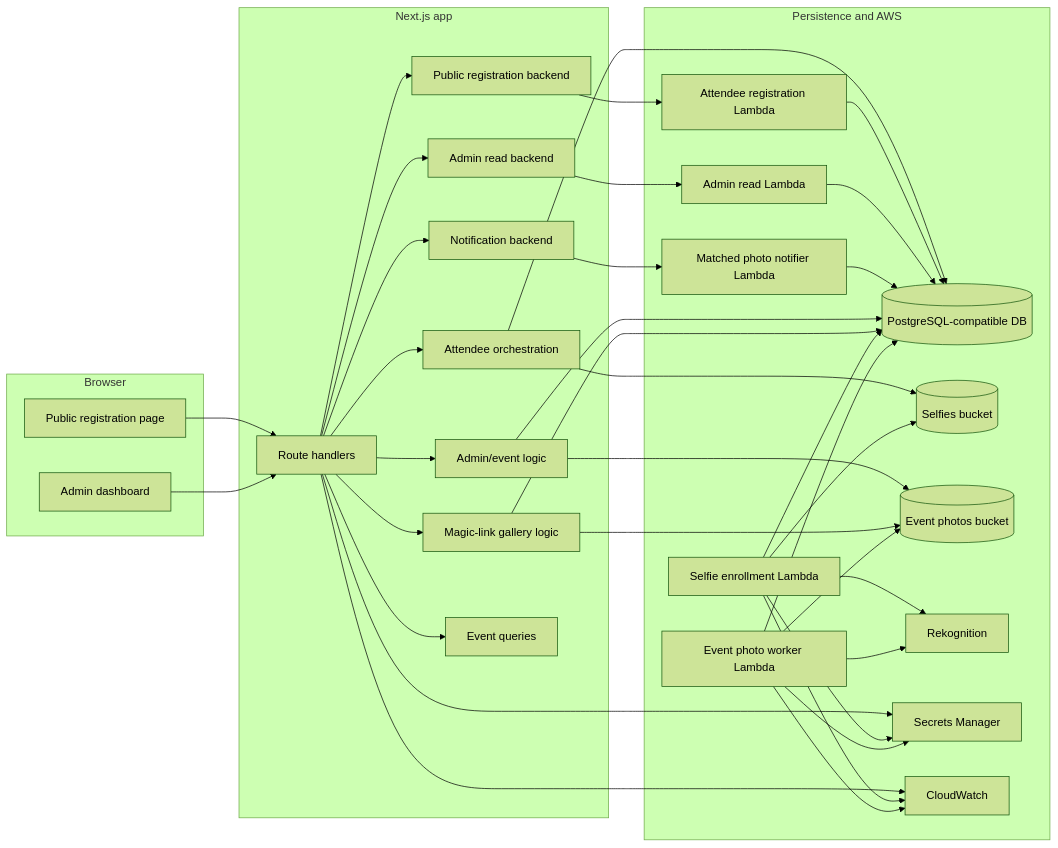
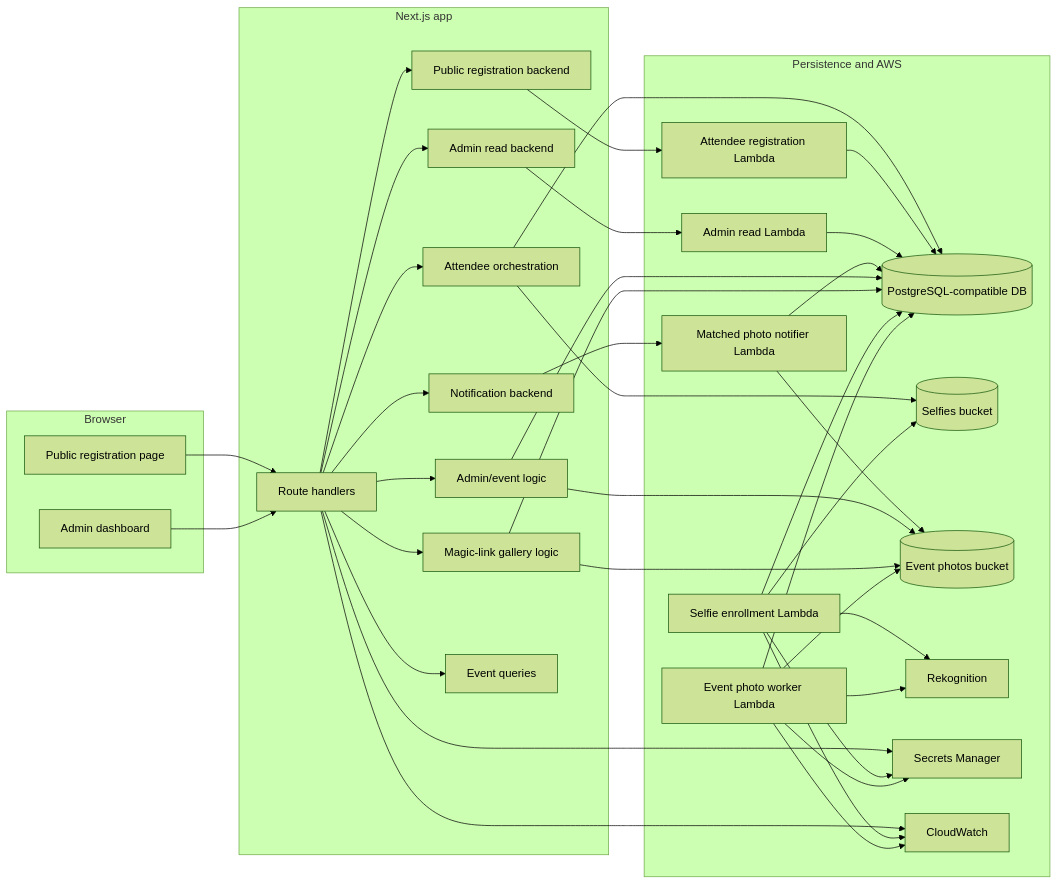
One commit to anyulled/FaceLocator changed the third of 8 diagrams in README.md. Above: the diagram before and after it, drawn with Mermaid (forest theme). The commit also changed other lines of this file and 5 other files, not shown here.

````diff
--- a/README.md
+++ b/README.md
@@ -107,66 +108,67 @@
 ```mermaid
 flowchart LR
   subgraph Browser
     publicPage["Public registration page"]
     adminPage["Admin dashboard"]
   end
 
   subgraph NextJS["Next.js app"]
     routes["Route handlers"]
     publicBackend["Public registration backend"]
     adminBackend["Admin read backend"]
     notificationBackend["Notification backend"]
     attendeeLib["Attendee orchestration"]
     adminLib["Admin/event logic"]
     notificationLib["Magic-link gallery logic"]
     eventQueries["Event queries"]
   end
 
   subgraph Data["Persistence and AWS"]
     db[(PostgreSQL-compatible DB)]
     s3Selfies[(Selfies bucket)]
     s3Photos[(Event photos bucket)]
     lambdaEnroll["Selfie enrollment Lambda"]
     lambdaAttendee["Attendee registration Lambda"]
     lambdaAdmin["Admin read Lambda"]
     lambdaNotifier["Matched photo notifier Lambda"]
     lambdaPhotos["Event photo worker Lambda"]
     rekognition["Rekognition"]
     secrets["Secrets Manager"]
     cloudwatch["CloudWatch"]
   end
 
   publicPage --> routes
   adminPage --> routes
   routes --> publicBackend
   routes --> adminBackend
   routes --> notificationBackend
   routes --> attendeeLib
   routes --> adminLib
   routes --> notificationLib
   routes --> eventQueries
   attendeeLib --> db
   attendeeLib --> s3Selfies
   publicBackend --> lambdaAttendee
   adminBackend --> lambdaAdmin
   notificationBackend --> lambdaNotifier
   lambdaAttendee --> db
   lambdaAdmin --> db
   lambdaNotifier --> db
+  lambdaNotifier --> s3Photos
   adminLib --> db
   adminLib --> s3Photos
   notificationLib --> db
   notificationLib --> s3Photos
   lambdaEnroll --> s3Selfies
   lambdaEnroll --> rekognition
   lambdaEnroll --> db
   lambdaPhotos --> s3Photos
   lambdaPhotos --> rekognition
   lambdaPhotos --> db
   routes --> cloudwatch
   lambdaEnroll --> cloudwatch
   lambdaPhotos --> cloudwatch
   routes --> secrets
   lambdaEnroll --> secrets
   lambdaPhotos --> secrets
 ```
````
